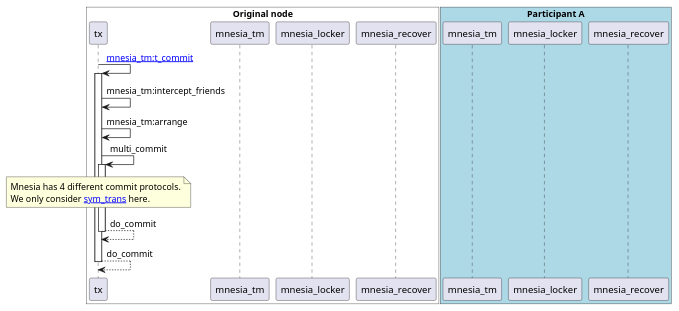
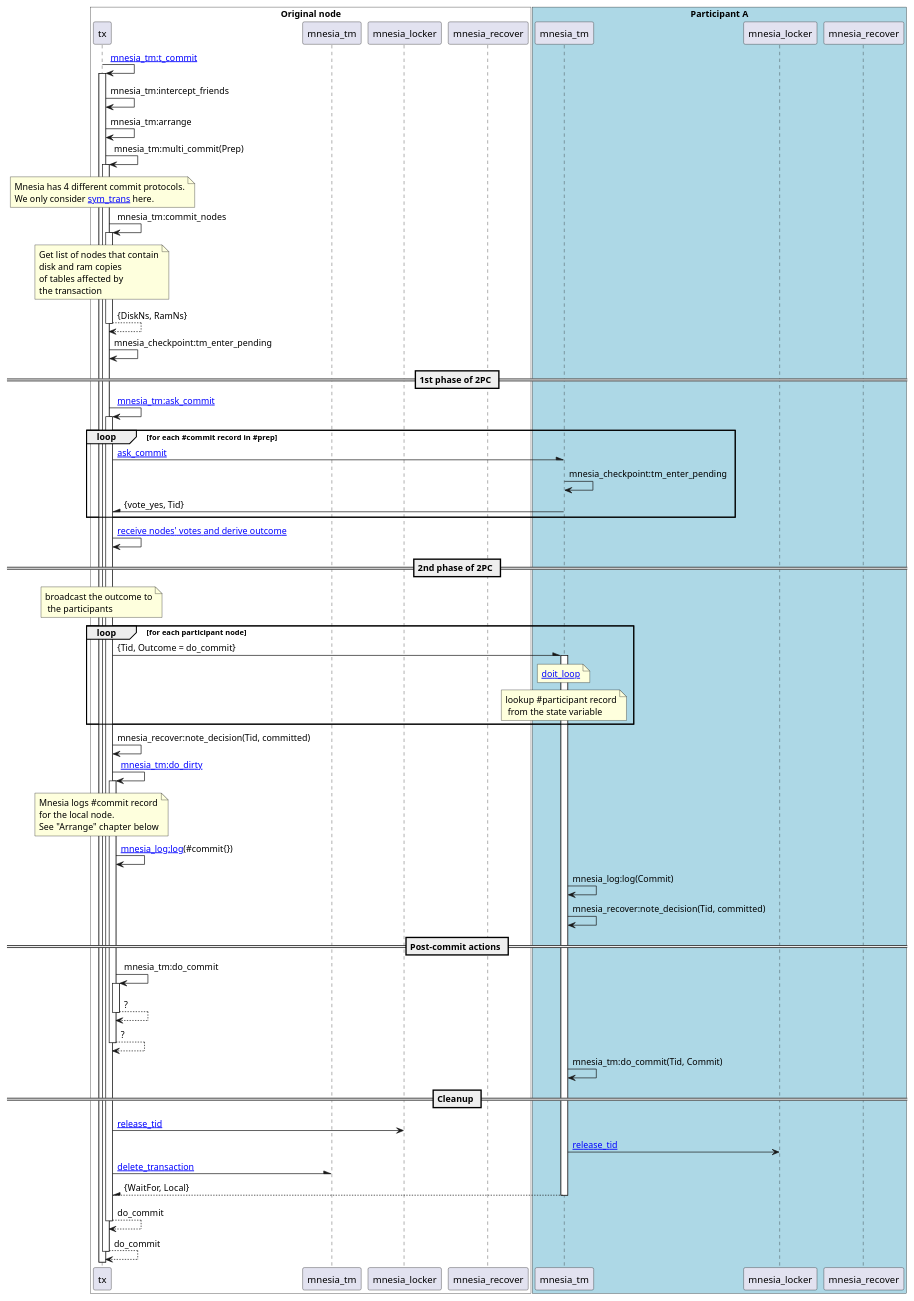
Before and after one commit to k32/k32: the second of 3 diagrams in posts/2021-04-26-mnesia.org, drawn with PlantUML. The commit also changed other lines of this file and 3 other files, not shown here.

Commit message:
More on transaction flow

```diff
--- a/posts/2021-04-26-mnesia.org
+++ b/posts/2021-04-26-mnesia.org
@@ -59,24 +87,75 @@
 #+begin_src plantuml :file mnesia_subscr.svg
 box "Original node" #White
   participant tx as tx
   participant mnesia_tm as tm
   participant mnesia_locker as locker
   participant mnesia_recover as recover
 end box
 
 box "Participant A" #LightBlue
   participant mnesia_tm as tm_a
   participant mnesia_locker as locker_a
   participant mnesia_recover as recover_a
 end box
 
 tx -> tx ++ : [[https://github.com/erlang/otp/blob/OTP-24.0/lib/mnesia/src/mnesia_tm.erl#L1094 mnesia_tm:t_commit]]
   tx -> tx : mnesia_tm:intercept_friends
 
   tx -> tx : mnesia_tm:arrange
 
-  tx -> tx ++ : multi_commit
+  tx -> tx ++ : mnesia_tm:multi_commit(Prep)
     note over tx : Mnesia has 4 different commit protocols.\nWe only consider [[https://github.com/erlang/otp/blob/OTP-24.0/lib/mnesia/src/mnesia_tm.erl#L1380 sym_trans]] here.
+
+    tx -> tx ++ : mnesia_tm:commit_nodes
+      note over tx : Get list of nodes that contain\ndisk and ram copies\nof tables affected by\nthe transaction
+    return {DiskNs, RamNs}
+
+    tx -> tx : mnesia_checkpoint:tm_enter_pending
+
+== 1st phase of 2PC ==
+    tx -> tx ++ : [[https://github.com/erlang/otp/blob/OTP-24.0/lib/mnesia/src/mnesia_tm.erl#L2071 mnesia_tm:ask_commit]]
+      loop for each #commit record in #prep
+        tx -\ tm_a : [[https://github.com/erlang/otp/blob/OTP-24.0/lib/mnesia/src/mnesia_tm.erl#L248 ask_commit]]
+        tm_a -> tm_a : mnesia_checkpoint:tm_enter_pending
+        tx /- tm_a : {vote_yes, Tid}
+      end
+
+      tx -> tx : [[https://github.com/erlang/otp/blob/OTP-24.0/lib/mnesia/src/mnesia_tm.erl#L2097 receive nodes' votes and derive outcome]]
+
+== 2nd phase of 2PC ==
+    note over tx : broadcast the outcome to\n the participants
+    loop for each participant node
+        tx -\ tm_a : {Tid, Outcome = do_commit}
+        activate tm_a
+        note over tm_a : [[https://github.com/erlang/otp/blob/OTP-24.0/lib/mnesia/src/mnesia_tm.erl#L273 doit_loop]]
+        note over tm_a : lookup #participant record\n from the state variable
+    end
+
+    tx -> tx : mnesia_recover:note_decision(Tid, committed)
+
+    tx -> tx ++ : [[https://github.com/erlang/otp/blob/OTP-24.0/lib/mnesia/src/mnesia_tm.erl#L1777 mnesia_tm:do_dirty]]
+      note over tx: Mnesia logs #commit record\nfor the local node.\nSee "Arrange" chapter below
+      tx -> tx : [[https://github.com/erlang/otp/blob/OTP-24.0/lib/mnesia/src/mnesia_log.erl#L227 mnesia_log:log]](#commit{})
+
+        tm_a -> tm_a : mnesia_log:log(Commit)
+        tm_a -> tm_a : mnesia_recover:note_decision(Tid, committed)
+
+== Post-commit actions ==
+    tx -> tx ++ : mnesia_tm:do_commit
+
+
+      return ?
+    return ?
+
+    tm_a -> tm_a : mnesia_tm:do_commit(Tid, Commit)
+
+== Cleanup ==
+    tx -> locker : [[https://github.com/erlang/otp/blob/OTP-24.0/lib/mnesia/src/mnesia_locker.erl#L183 release_tid]]
+    tm_a -> locker_a : [[https://github.com/erlang/otp/blob/OTP-24.0/lib/mnesia/src/mnesia_locker.erl#L183 release_tid]]
+
+
+    tx -\ tm : [[https://github.com/erlang/otp/blob/OTP-24.0/lib/mnesia/src/mnesia_tm.erl#L377 delete_transaction]]
+    return {WaitFor, Local}
   return do_commit
 return do_commit
 #+end_src
```
